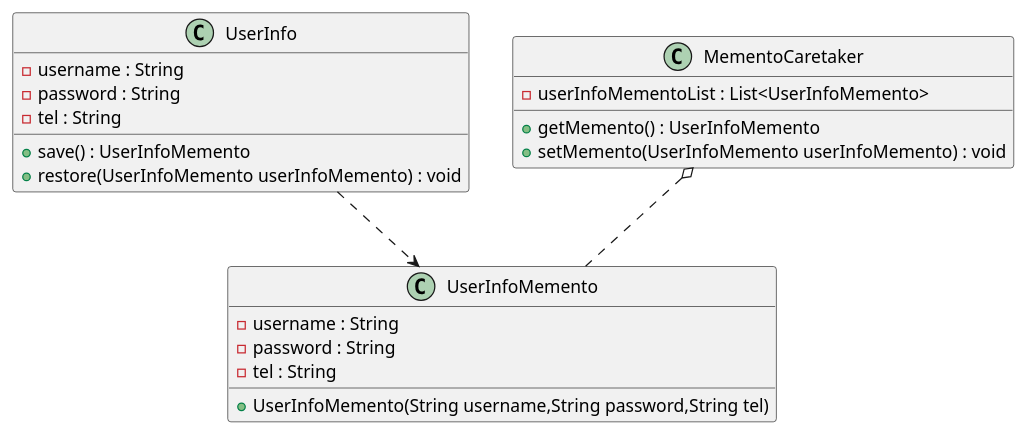
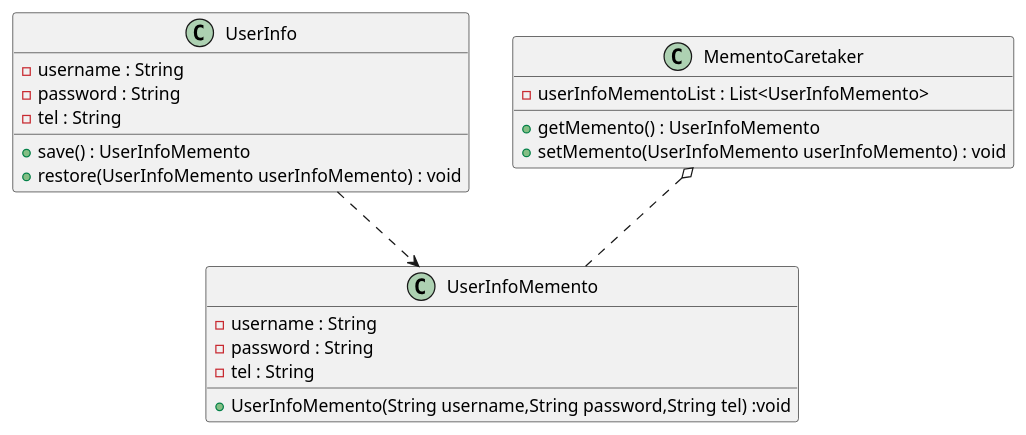
The diagram in UML/设计模式/实训/3/4.pu (20km-shimakaze/SthCode), drawn with PlantUML before and after one commit. The commit also changed 8 other files, not shown here.

```diff
--- a/UML/设计模式/实训/3/4.pu
+++ b/UML/设计模式/实训/3/4.pu
@@ -1,26 +1,26 @@
 @startuml
 
 class UserInfo{
     -  username : String
     -  password : String
     -  tel : String
     + save() : UserInfoMemento
     + restore(UserInfoMemento userInfoMemento) : void
 }
 class  UserInfoMemento{
     -  username : String
     -  password : String
     -  tel : String
-    + UserInfoMemento(String username,String password,String tel)
+    + UserInfoMemento(String username,String password,String tel) :void
 }
 
 class MementoCaretaker{
      - userInfoMementoList : List<UserInfoMemento>
      + getMemento() : UserInfoMemento
      + setMemento(UserInfoMemento userInfoMemento) : void
 }
 
 UserInfo ..> UserInfoMemento
 MementoCaretaker o.. UserInfoMemento
 
 @enduml
```
